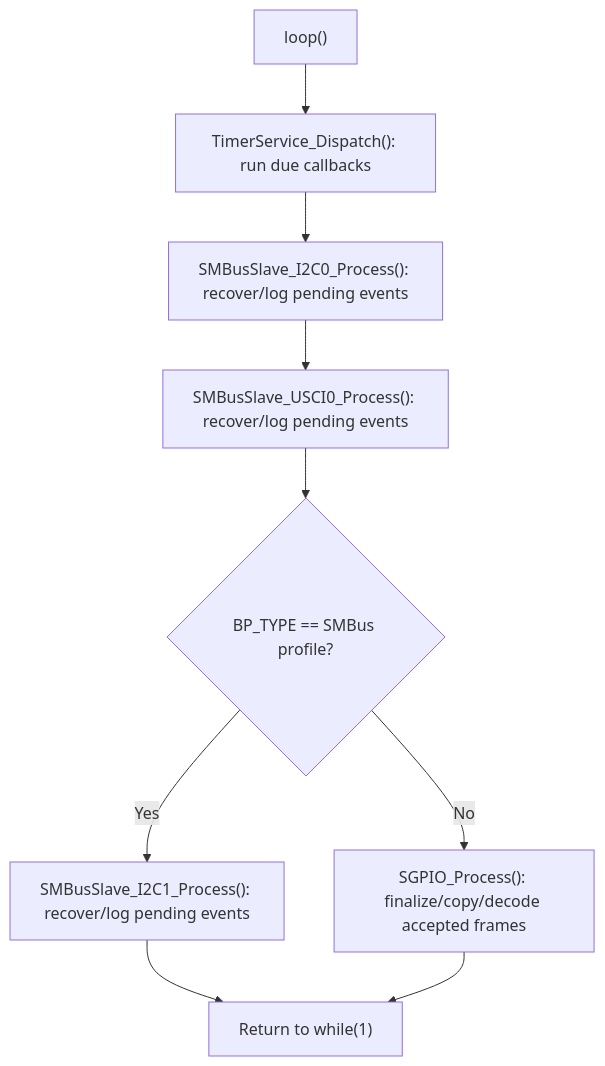
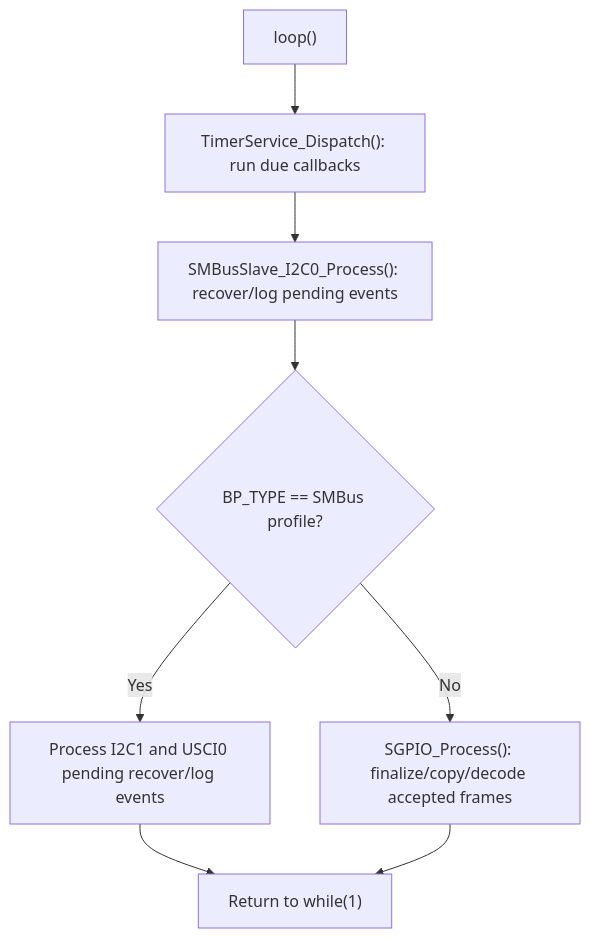
Before and after one commit to released/M031BSP_Software_SGPIO_I2C_Slave: the third of 4 diagrams in README.md, drawn with Mermaid. The commit also changed other lines of this file and 40 other files, not shown here.

````diff
--- a/README.md
+++ b/README.md
@@ -201,11 +208,10 @@
 ```mermaid
 flowchart TD
     A["loop()"] --> B["TimerService_Dispatch(): run due callbacks"]
     B --> C["SMBusSlave_I2C0_Process(): recover/log pending events"]
-    C --> D["SMBusSlave_USCI0_Process(): recover/log pending events"]
-    D --> E{"BP_TYPE == SMBus profile?"}
-    E -->|Yes| F["SMBusSlave_I2C1_Process(): recover/log pending events"]
-    E -->|No| G["SGPIO_Process(): finalize/copy/decode accepted frames"]
-    F --> H["Return to while(1)"]
-    G --> H
+    C --> D{"BP_TYPE == SMBus profile?"}
+    D -->|Yes| E["Process I2C1 and USCI0 pending recover/log events"]
+    D -->|No| F["SGPIO_Process(): finalize/copy/decode accepted frames"]
+    E --> G["Return to while(1)"]
+    F --> G
 ```
````
